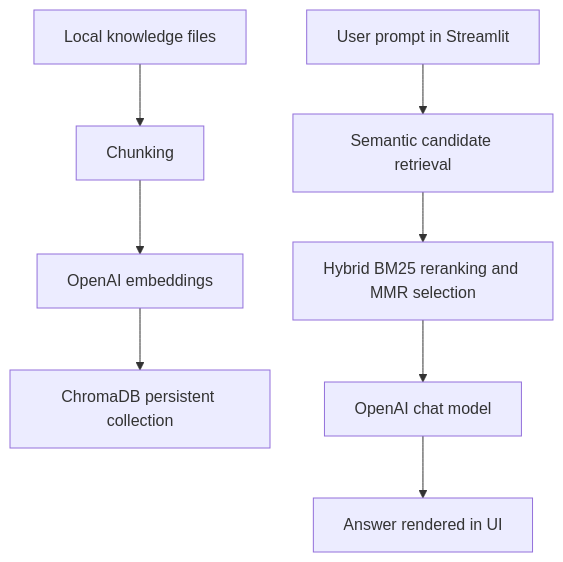
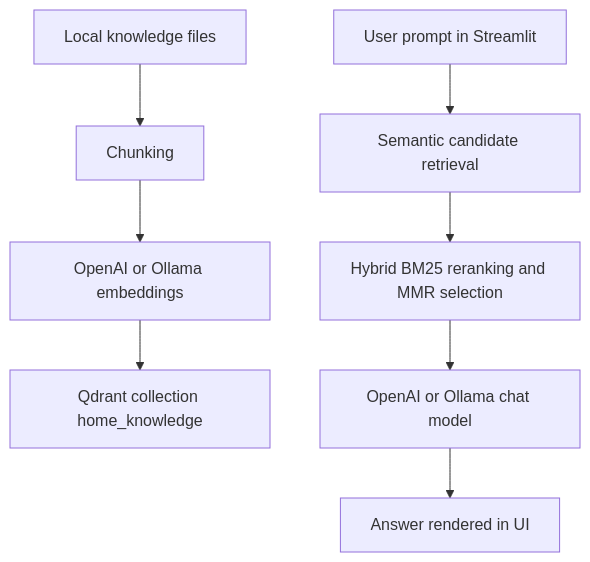
The diagram in knowledge/architect/system-architecture.md (tqcaoson/agentRAG), drawn with Mermaid before and after one commit. The commit also changed other lines of this file and 19 other files, not shown here.

````diff
--- a/knowledge/architect/system-architecture.md
+++ b/knowledge/architect/system-architecture.md
@@ -14,10 +17,10 @@
 ```mermaid
 flowchart TD
     A[Local knowledge files] --> B[Chunking]
-    B --> C[OpenAI embeddings]
-    C --> D[ChromaDB persistent collection]
+    B --> C[OpenAI or Ollama embeddings]
+    C --> D[Qdrant collection home_knowledge]
     E[User prompt in Streamlit] --> F[Semantic candidate retrieval]
     F --> I[Hybrid BM25 reranking and MMR selection]
-    I --> G[OpenAI chat model]
+    I --> G[OpenAI or Ollama chat model]
     G --> H[Answer rendered in UI]
 ```
````
